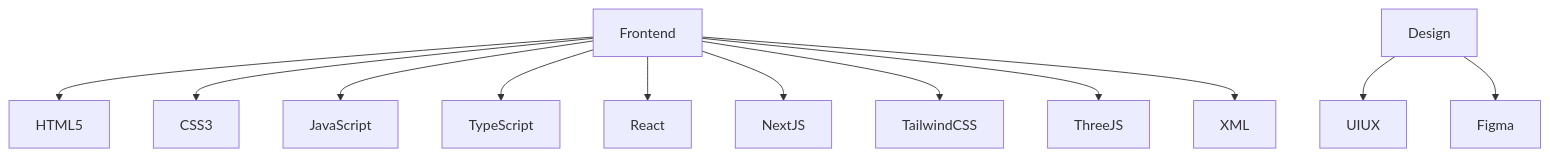
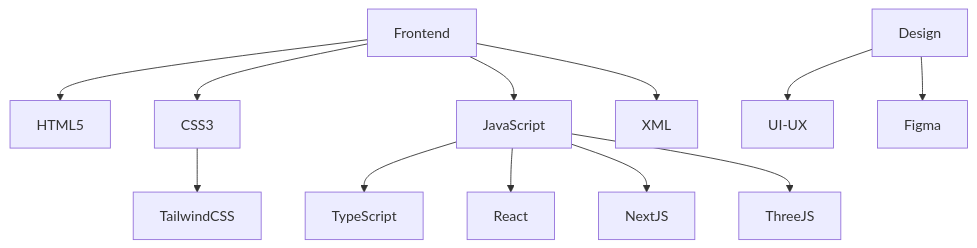
The first of 7 diagrams in README.md (SalazarPaulo/developer-knowledge-base), drawn with Mermaid before and after one commit. The commit also changed other lines of this file, not shown here.

Commit message:
Update README.md
update

````diff
--- a/README.md
+++ b/README.md
@@ -73,14 +72,16 @@
 ```mermaid
 graph TD;
     Frontend-->HTML5;
     Frontend-->CSS3;
     Frontend-->JavaScript;
-    Frontend-->TypeScript;
-    Frontend-->React;
-    Frontend-->NextJS;
-    Frontend-->TailwindCSS;
-    Frontend-->ThreeJS;
+
     Frontend-->XML;
-    Design-->UIUX;
+    Design-->UI-UX;
     Design-->Figma;
+
+    JavaScript-->TypeScript;
+    JavaScript-->React;
+    JavaScript-->NextJS;
+    JavaScript-->ThreeJS;
+    CSS3-->TailwindCSS;
 ```
````
